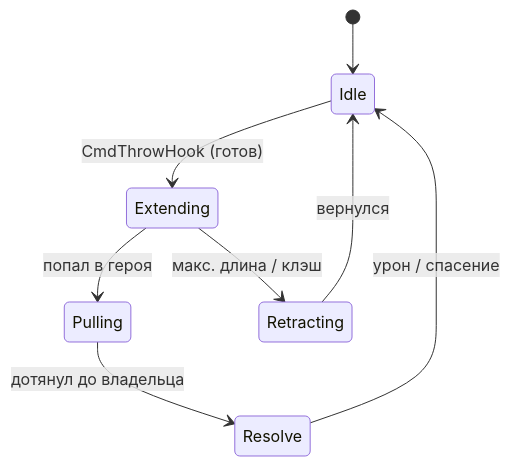
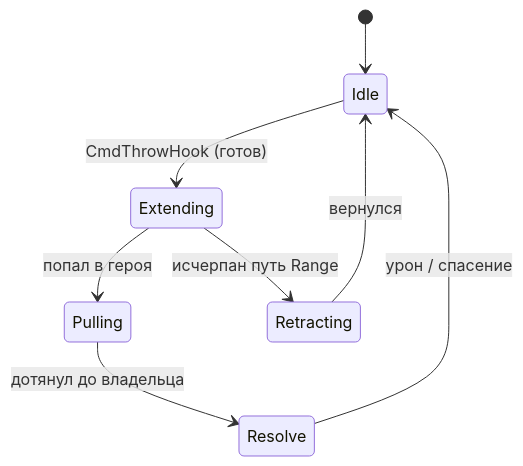
One commit to splittech/pudge-wars-ar changed the first of 3 diagrams in Docs/pudge_wars_ar_tdd.md. Above: the diagram before and after it, drawn with Mermaid. The commit also changed other lines of this file and 43 other files, not shown here.

````diff
--- a/Docs/pudge_wars_ar_tdd.md
+++ b/Docs/pudge_wars_ar_tdd.md
@@ -311,10 +318,10 @@
 ```mermaid
 stateDiagram-v2
     [*] --> Idle
     Idle --> Extending: CmdThrowHook (готов)
     Extending --> Pulling: попал в героя
-    Extending --> Retracting: макс. длина / клэш
+    Extending --> Retracting: исчерпан путь Range
     Pulling --> Resolve: дотянул до владельца
     Resolve --> Idle: урон / спасение
     Retracting --> Idle: вернулся
 ```
````
